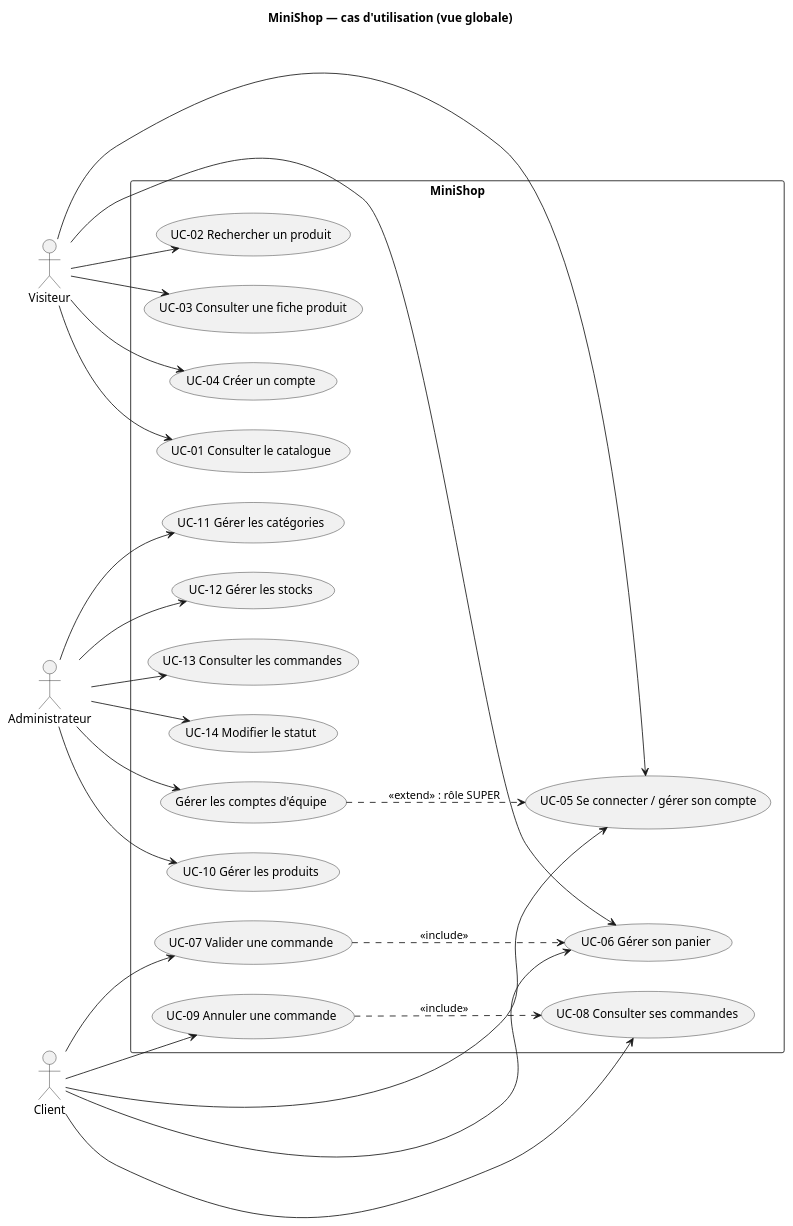
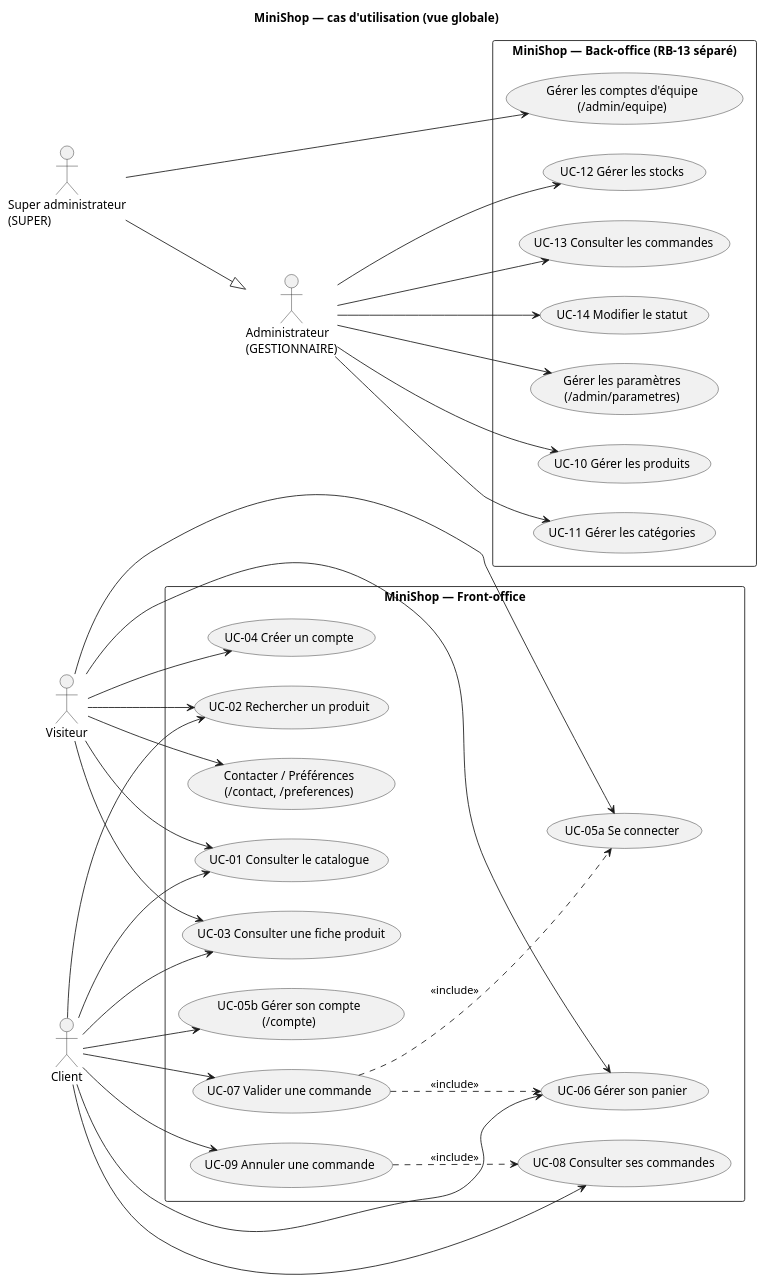
One commit to jojo8356/SAE-302 changed the diagram in docs/diagrams/src/cas_utilisation_global.puml. Above: the diagram before and after it, drawn with PlantUML. The commit also changed 28 other files, not shown here.

Commit message:
docs(uml): corrige les 14 schémas PlantUML et régénère les 14 PNG conformes au code

```diff
--- a/docs/diagrams/src/cas_utilisation_global.puml
+++ b/docs/diagrams/src/cas_utilisation_global.puml
@@ -1,45 +1,64 @@
 @startuml cas_utilisation_global
 title MiniShop — cas d'utilisation (vue globale)
 left to right direction
 skinparam packageStyle rectangle
+
 actor "Visiteur" as V
 actor "Client" as C
-actor "Administrateur" as A
-rectangle "MiniShop" {
+actor "Administrateur\n(GESTIONNAIRE)" as A
+actor "Super administrateur\n(SUPER)" as S
+S --|> A
+
+rectangle "MiniShop — Front-office" {
   usecase "UC-01 Consulter le catalogue" as UC01
   usecase "UC-02 Rechercher un produit" as UC02
   usecase "UC-03 Consulter une fiche produit" as UC03
+  usecase "Contacter / Préférences\n(/contact, /preferences)" as UCINF
   usecase "UC-04 Créer un compte" as UC04
-  usecase "UC-05 Se connecter / gérer son compte" as UC05
+  usecase "UC-05a Se connecter" as UC05A
+  usecase "UC-05b Gérer son compte\n(/compte)" as UC05B
   usecase "UC-06 Gérer son panier" as UC06
   usecase "UC-07 Valider une commande" as UC07
   usecase "UC-08 Consulter ses commandes" as UC08
   usecase "UC-09 Annuler une commande" as UC09
+}
+
+rectangle "MiniShop — Back-office (RB-13 séparé)" {
   usecase "UC-10 Gérer les produits" as UC10
   usecase "UC-11 Gérer les catégories" as UC11
   usecase "UC-12 Gérer les stocks" as UC12
   usecase "UC-13 Consulter les commandes" as UC13
   usecase "UC-14 Modifier le statut" as UC14
-  usecase "Gérer les comptes d'équipe" as UC15
+  usecase "Gérer les paramètres\n(/admin/parametres)" as UC16
+  usecase "Gérer les comptes d'équipe\n(/admin/equipe)" as UC15
 }
+
 V --> UC01
 V --> UC02
 V --> UC03
+V --> UCINF
 V --> UC04
-V --> UC05
+V --> UC05A
 V --> UC06
-C --> UC05
+
+C --> UC01
+C --> UC02
+C --> UC03
+C --> UC05B
 C --> UC06
 C --> UC07
 C --> UC08
 C --> UC09
+
+UC07 ..> UC06 : <<include>>
+UC07 ..> UC05A : <<include>>
+UC09 ..> UC08 : <<include>>
+
 A --> UC10
 A --> UC11
 A --> UC12
 A --> UC13
 A --> UC14
-A --> UC15
-UC07 ..> UC06 : <<include>>
-UC09 ..> UC08 : <<include>>
-UC15 ..> UC05 : <<extend>> : rôle SUPER
+A --> UC16
+S --> UC15
 @enduml
```
